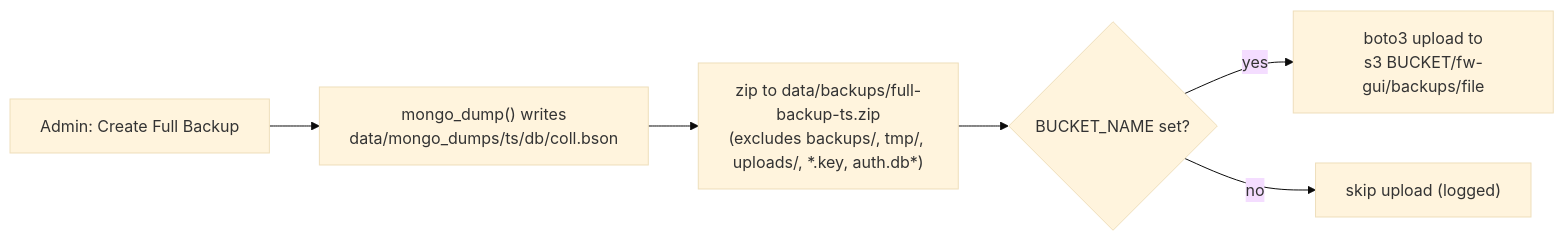
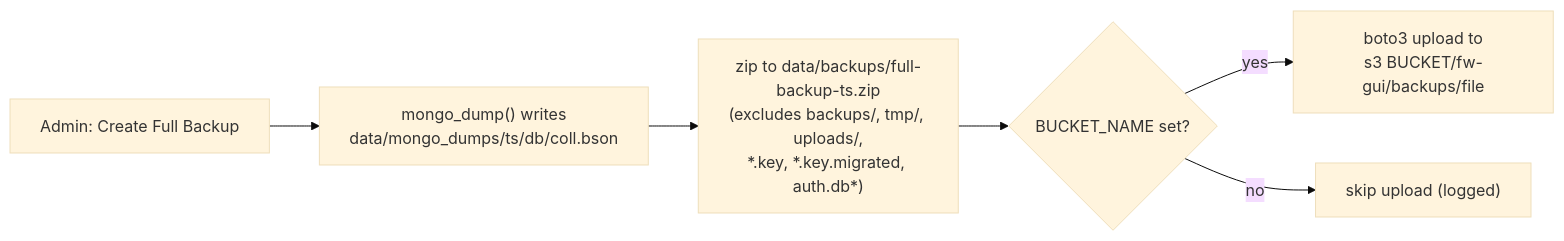
The eighth of 9 diagrams in docs/data-architecture.md (ibehren1/fw-gui), drawn with Mermaid (base theme) before and after one commit. The commit also changed other lines of this file and 2 other files, not shown here.

````diff
--- a/docs/data-architecture.md
+++ b/docs/data-architecture.md
@@ -573,8 +581,8 @@
 ```mermaid
 flowchart LR
     A["Admin: Create Full Backup"] --> MD["mongo_dump() writes<br/>data/mongo_dumps/ts/db/coll.bson"]
-    MD --> Z["zip to data/backups/full-backup-ts.zip<br/>(excludes backups/, tmp/, uploads/, *.key, auth.db*)"]
+    MD --> Z["zip to data/backups/full-backup-ts.zip<br/>(excludes backups/, tmp/, uploads/,<br/>*.key, *.key.migrated, auth.db*)"]
     Z --> U{"BUCKET_NAME set?"}
     U -->|yes| S3["boto3 upload to<br/>s3 BUCKET/fw-gui/backups/file"]
     U -->|no| Skip["skip upload (logged)"]
 ```
````
